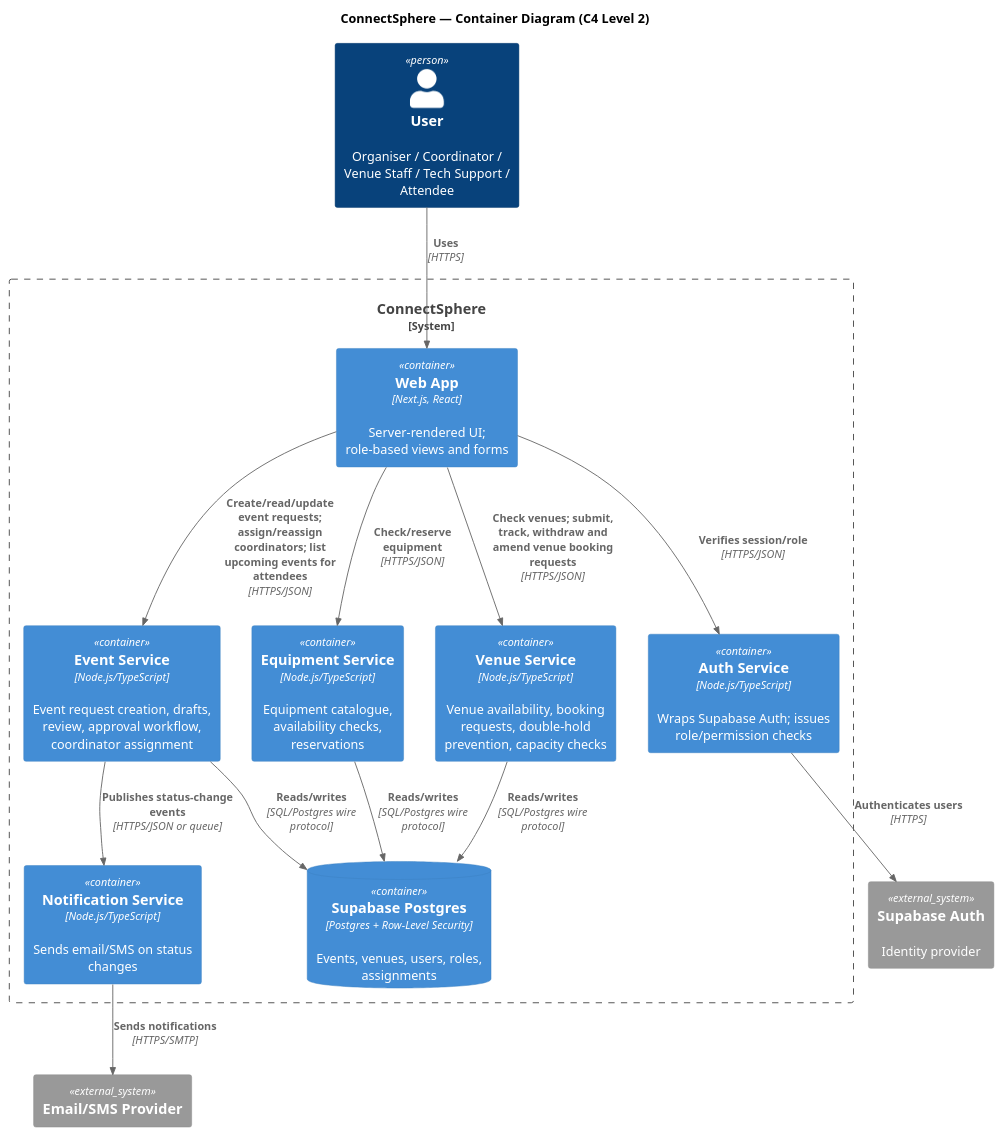
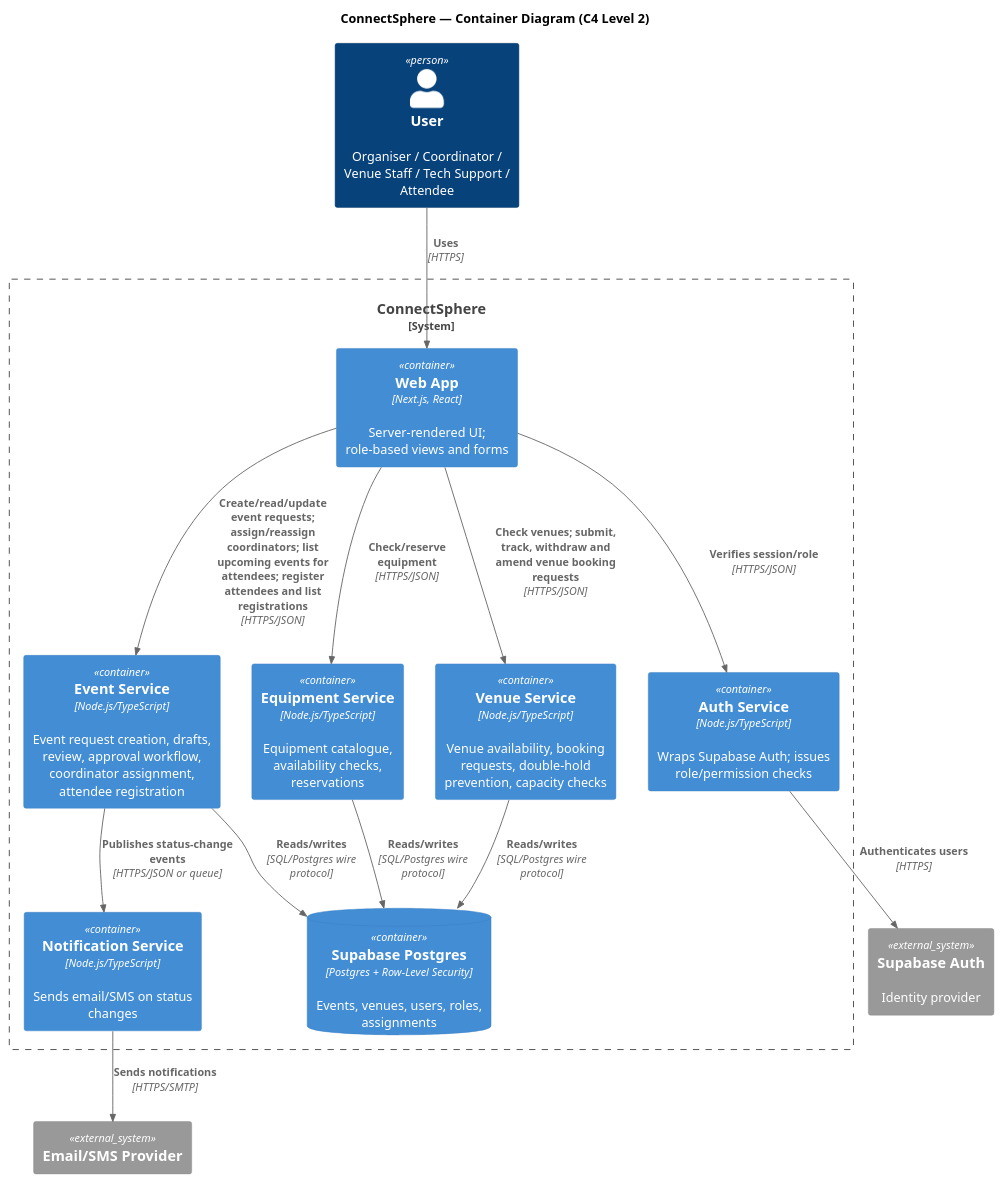
One commit to danjaii/SPM-T5 changed the diagram in docs/architecture/c4/container.puml. Above: the diagram before and after it, drawn with PlantUML. The commit also changed 40 other files, not shown here.

```diff
--- a/docs/architecture/c4/container.puml
+++ b/docs/architecture/c4/container.puml
@@ -1,38 +1,38 @@
 @startuml container
 !include https://raw.githubusercontent.com/plantuml-stdlib/C4-PlantUML/master/C4_Container.puml
 
 title ConnectSphere — Container Diagram (C4 Level 2)
 
 Person(user, "User", "Organiser / Coordinator / Venue Staff / Tech Support / Attendee")
 
 System_Boundary(connectsphere, "ConnectSphere") {
   Container(web, "Web App", "Next.js, React", "Server-rendered UI; role-based views and forms")
 
   Container(authSvc, "Auth Service", "Node.js/TypeScript", "Wraps Supabase Auth; issues role/permission checks")
-  Container(eventSvc, "Event Service", "Node.js/TypeScript", "Event request creation, drafts, review, approval workflow, coordinator assignment")
+  Container(eventSvc, "Event Service", "Node.js/TypeScript", "Event request creation, drafts, review, approval workflow, coordinator assignment, attendee registration")
   Container(venueSvc, "Venue Service", "Node.js/TypeScript", "Venue availability, booking requests, double-hold prevention, capacity checks")
   Container(equipmentSvc, "Equipment Service", "Node.js/TypeScript", "Equipment catalogue, availability checks, reservations")
   Container(notificationSvc, "Notification Service", "Node.js/TypeScript", "Sends email/SMS on status changes")
 
   ContainerDb(db, "Supabase Postgres", "Postgres + Row-Level Security", "Events, venues, users, roles, assignments")
 }
 
 System_Ext(supabaseAuth, "Supabase Auth", "Identity provider")
 System_Ext(emailProvider, "Email/SMS Provider")
 
 Rel(user, web, "Uses", "HTTPS")
 
 Rel(web, authSvc, "Verifies session/role", "HTTPS/JSON")
-Rel(web, eventSvc, "Create/read/update event requests; assign/reassign coordinators; list upcoming events for attendees", "HTTPS/JSON")
+Rel(web, eventSvc, "Create/read/update event requests; assign/reassign coordinators; list upcoming events for attendees; register attendees and list registrations", "HTTPS/JSON")
 Rel(web, venueSvc, "Check venues; submit, track, withdraw and amend venue booking requests", "HTTPS/JSON")
 Rel(web, equipmentSvc, "Check/reserve equipment", "HTTPS/JSON")
 
 Rel(authSvc, supabaseAuth, "Authenticates users", "HTTPS")
 Rel(eventSvc, db, "Reads/writes", "SQL/Postgres wire protocol")
 Rel(venueSvc, db, "Reads/writes", "SQL/Postgres wire protocol")
 Rel(equipmentSvc, db, "Reads/writes", "SQL/Postgres wire protocol")
 
 Rel(eventSvc, notificationSvc, "Publishes status-change events", "HTTPS/JSON or queue")
 Rel(notificationSvc, emailProvider, "Sends notifications", "HTTPS/SMTP")
 
 @enduml
```
